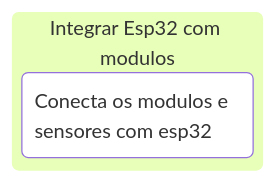
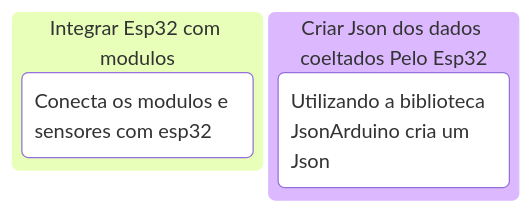
One commit to Jp12334-br/engsoft changed the diagram in README.md. Above: the diagram before and after it, drawn with Mermaid.

Commit message:
Add new column and task to README Kanban diagram

````diff
--- a/README.md
+++ b/README.md
@@ -7,7 +7,9 @@
 ```mermaid
 kanban
   column1[Integrar Esp32 com modulos]
     task1[Conecta os modulos e sensores com esp32]
+  column2[Criar Json dos dados coeltados Pelo Esp32]
+    task2[Utilizando a biblioteca JsonArduino cria um Json]
 
 
 ```
````
